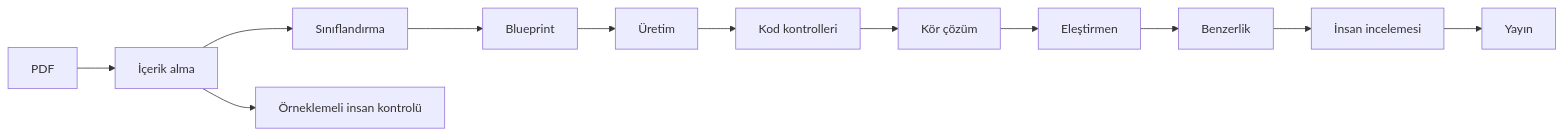
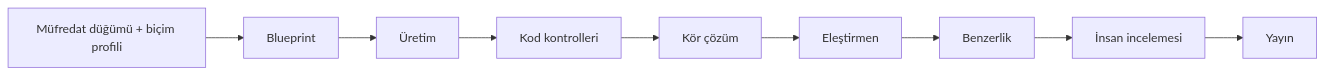
Before and after one commit to neslieda/LearningQlab: the fifth of 5 diagrams in docs/ARCHITECTURE.md, drawn with Mermaid. The commit also changed other lines of this file and 7 other files, not shown here.

````diff
--- a/docs/ARCHITECTURE.md
+++ b/docs/ARCHITECTURE.md
@@ -182,6 +187,5 @@
 ```mermaid
 flowchart LR
-  P[PDF] --> I[İçerik alma] --> C[Sınıflandırma] --> BP[Blueprint] --> G[Üretim]
+  SY[Müfredat düğümü + biçim profili] --> BP[Blueprint] --> G[Üretim]
   G --> V[Kod kontrolleri] --> BS[Kör çözüm] --> CR[Eleştirmen] --> N[Benzerlik] --> H[İnsan incelemesi] --> PUB[Yayın]
-  I --> HR[Örneklemeli insan kontrolü]
 ```
````
